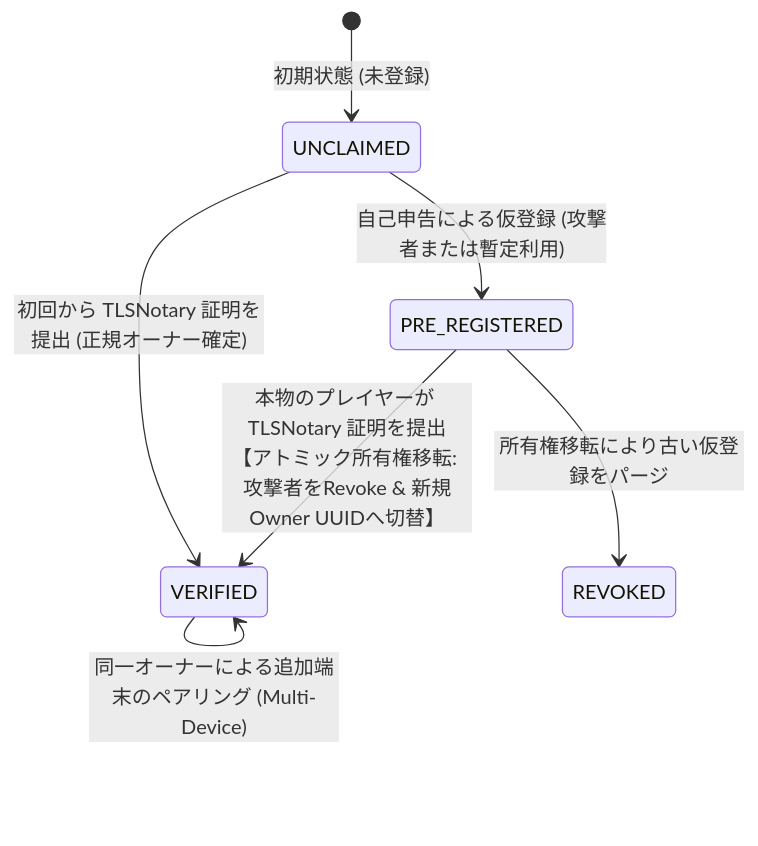
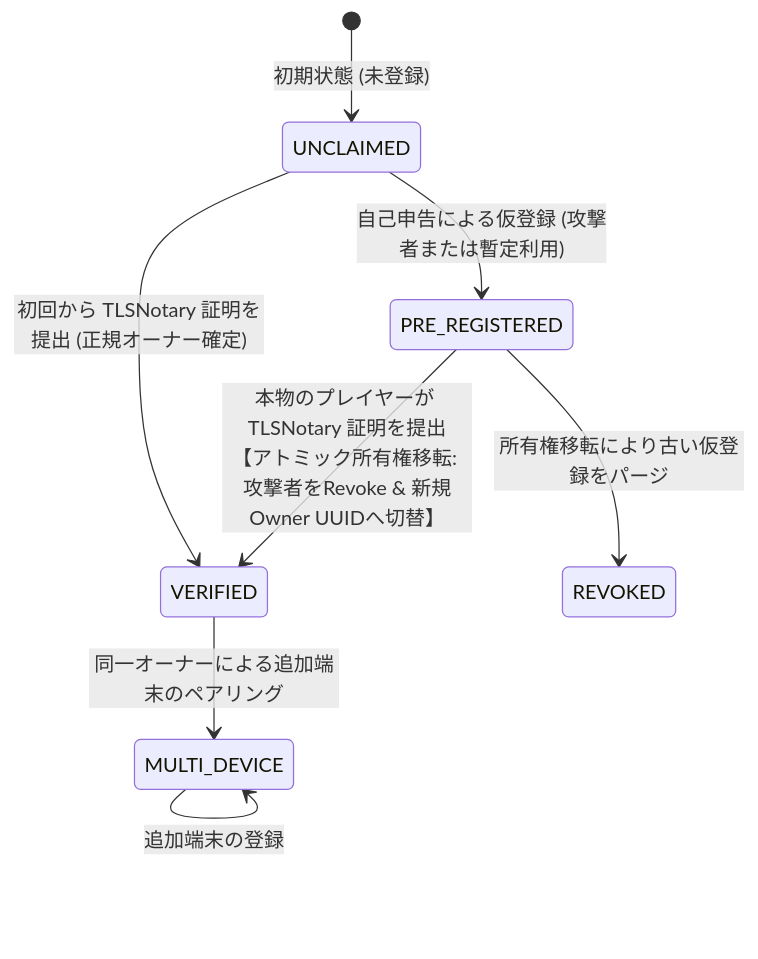
One commit to tsukasa-u/FUSOU changed the second of 2 diagrams in docs/operations/member-id-preemptive-attack-and-recovery.md. Above: the diagram before and after it, drawn with Mermaid. The commit also changed other lines of this file and 1 other file, not shown here.

````diff
--- a/docs/operations/member-id-preemptive-attack-and-recovery.md
+++ b/docs/operations/member-id-preemptive-attack-and-recovery.md
@@ -78,13 +102,14 @@
 ```mermaid
 stateDiagram-v2
     [*] --> UNCLAIMED: 初期状態 (未登録)
     
     UNCLAIMED --> PRE_REGISTERED: 自己申告による仮登録 (攻撃者または暫定利用)
     UNCLAIMED --> VERIFIED: 初回から TLSNotary 証明を提出 (正規オーナー確定)
     
     PRE_REGISTERED --> VERIFIED: 本物のプレイヤーが TLSNotary 証明を提出<br/>【アトミック所有権移転: 攻撃者をRevoke & 新規Owner UUIDへ切替】
     
-    VERIFIED --> VERIFIED: 同一オーナーによる追加端末のペアリング (Multi-Device)
+    VERIFIED --> MULTI_DEVICE: 同一オーナーによる追加端末のペアリング
+    MULTI_DEVICE --> MULTI_DEVICE: 追加端末の登録
     
     PRE_REGISTERED --> REVOKED: 所有権移転により古い仮登録をパージ
 ```
````
